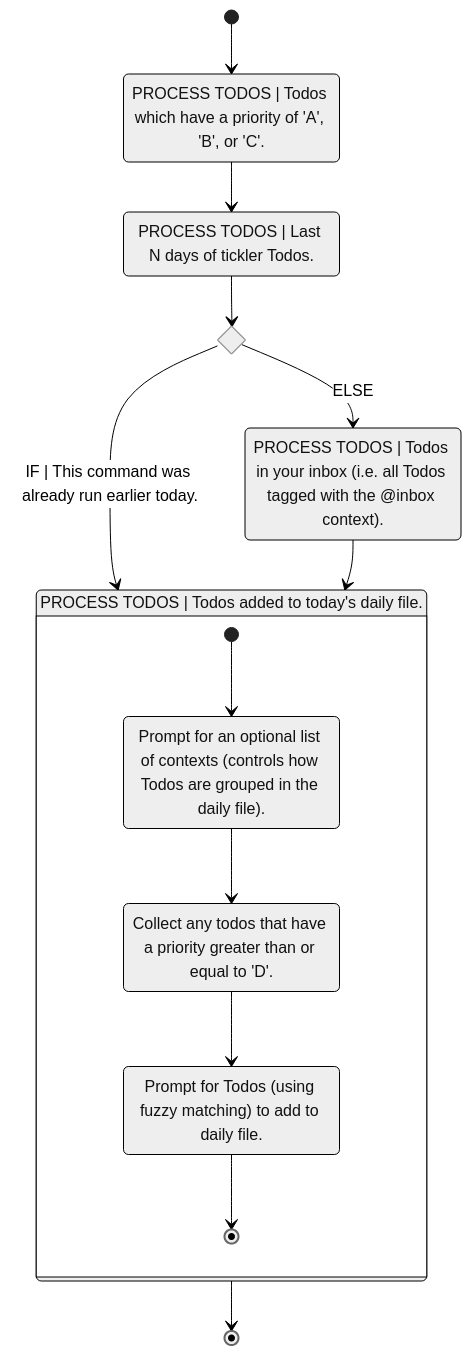
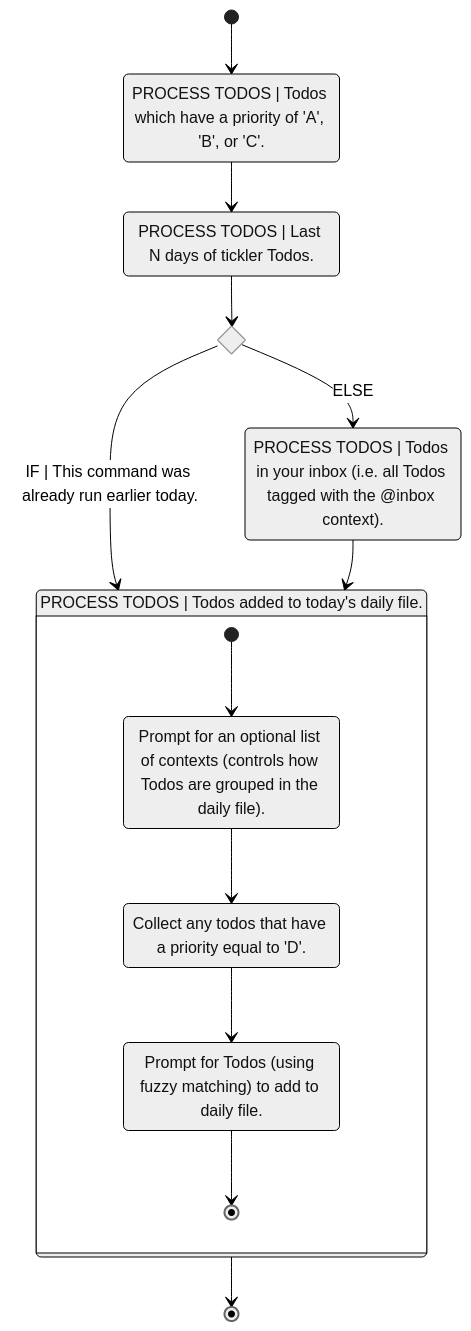
One commit to bbugyi200/greatday changed the first of 4 diagrams in docs/design/design.template.md. Above: the diagram before and after it, drawn with Mermaid (neutral theme). The commit also changed other lines of this file and 6 other files, not shown here.

Commit message:
Update design diagrams

````diff
--- a/docs/design/design.template.md
+++ b/docs/design/design.template.md
@@ -9,27 +12,27 @@
 ```mermaid
 stateDiagram-v2
     state if_run_today <<choice>>
 
     collect_daily_fuzzy: Prompt for Todos (using fuzzy matching) to add to daily file.
-    collect_daily_priority_D: Collect any todos that have a priority greater than or equal to 'D'.
+    collect_daily_priority_D: Collect any todos that have a priority equal to 'D'.
     get_daily_contexts: Prompt for an optional list of contexts (controls how Todos are grouped in the daily file).
     inbox: PROCESS TODOS | Todos in your inbox (i.e. all Todos tagged with the @inbox context).
     process_ABC_priority: PROCESS TODOS | Todos which have a priority of 'A', 'B', or 'C'.
     process_daily: PROCESS TODOS | Todos added to today's daily file.
     process_ticklers: PROCESS TODOS | Last N days of tickler Todos.
 
     state process_daily {
         [*] --> get_daily_contexts
         get_daily_contexts --> collect_daily_priority_D
         collect_daily_priority_D --> collect_daily_fuzzy
         collect_daily_fuzzy --> [*]
     }
 
     [*] --> process_ABC_priority
     process_ABC_priority --> process_ticklers
     process_ticklers --> if_run_today
     if_run_today --> process_daily: IF | This command was already run earlier today.
     if_run_today --> inbox: ELSE
     inbox --> process_daily
     process_daily --> [*]
 ```
````
